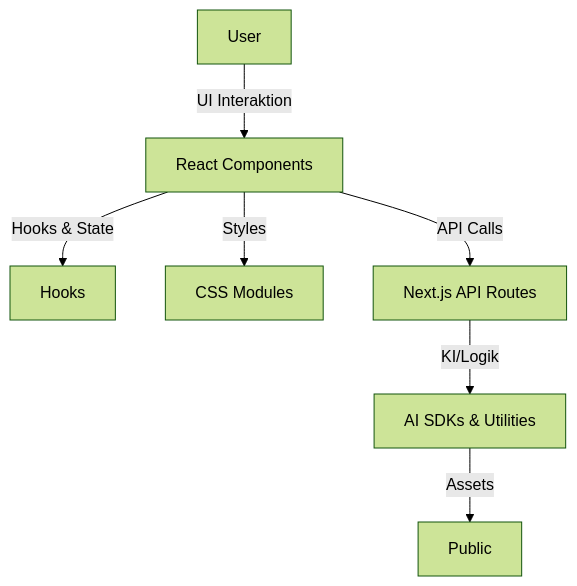
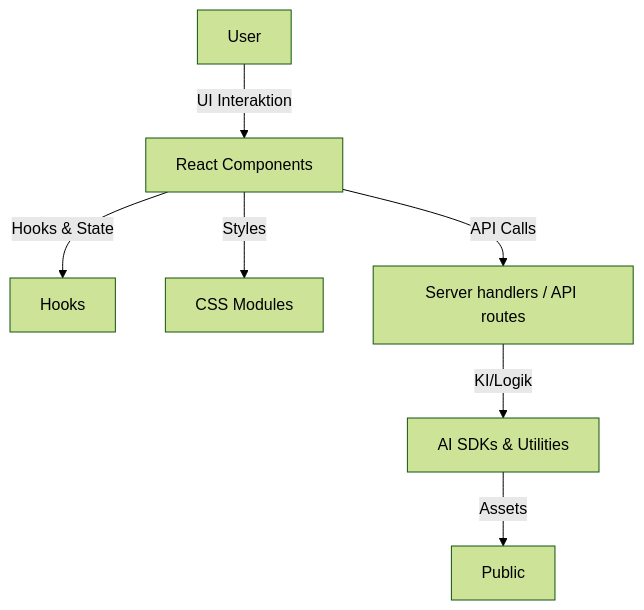
The diagram in docs/architecture.md (schirkan/ai-demo), drawn with Mermaid (forest theme) before and after one commit. The commit also changed other lines of this file and 102 other files, not shown here.

````diff
--- a/docs/architecture.md
+++ b/docs/architecture.md
@@ -12,9 +12,9 @@
 ```mermaid
 graph TD
     A[User] -->|UI Interaktion| B[React Components]
     B -->|Hooks & State| C[Hooks]
     B -->|Styles| D[CSS Modules]
-    B -->|API Calls| E[Next.js API Routes]
+    B -->|API Calls| E[Server handlers / API routes]
     E -->|KI/Logik| F[AI SDKs & Utilities]
     F -->|Assets| G[Public]
 ```
````
